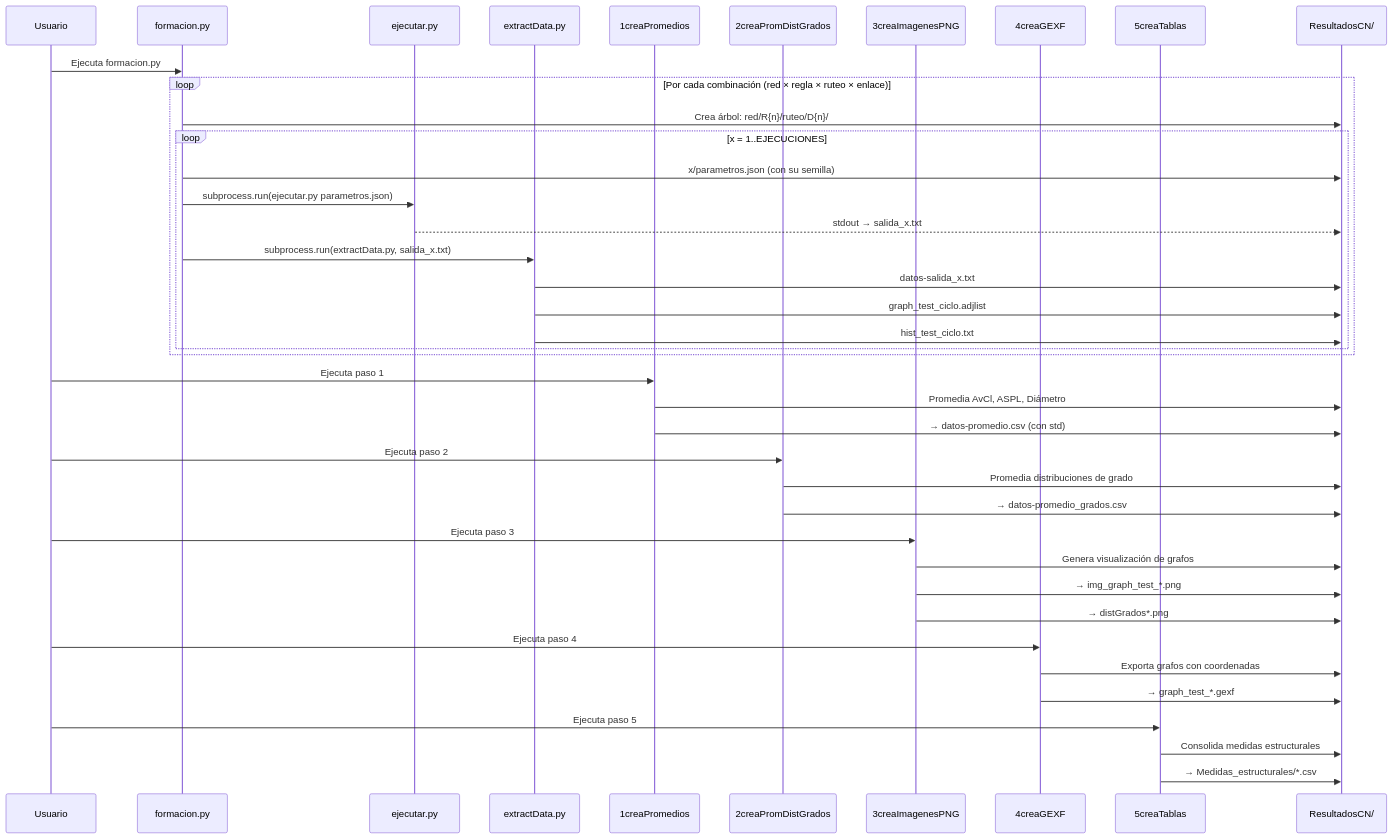
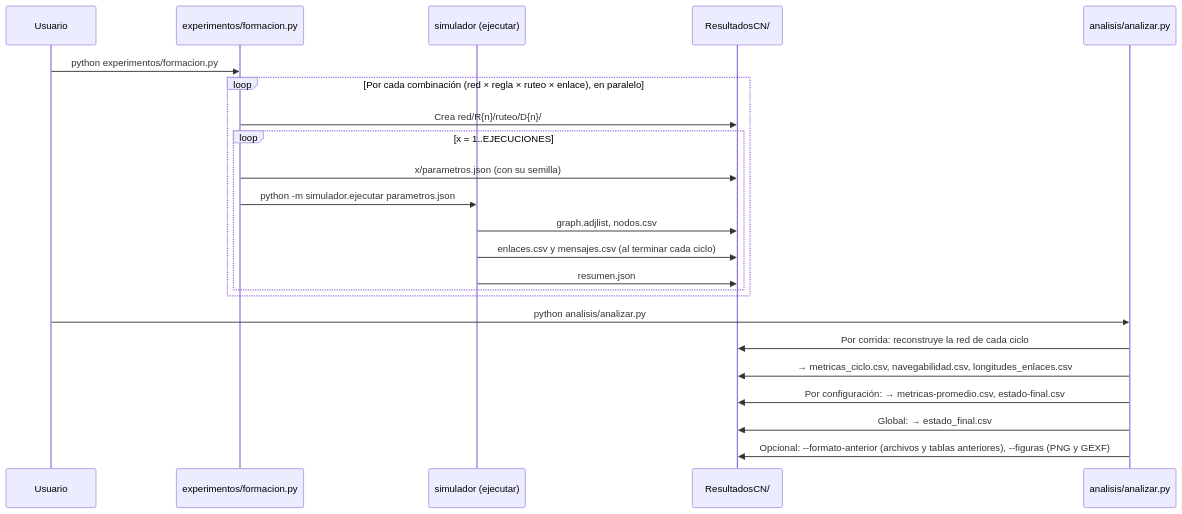
Before and after one commit to netscience/rewiring: the sixth of 6 diagrams in README.md, drawn with Mermaid. The commit also changed other lines of this file and 67 other files, not shown here.

Commit message:
separar simulador, experimentos y análisis

````diff
--- a/README.md
+++ b/README.md
@@ -640,49 +672,27 @@
 ```mermaid
 sequenceDiagram
     participant U as Usuario
-    participant F as formacion.py
-    participant Main as ejecutar.py
-    participant ED as extractData.py
-    participant S1 as 1creaPromedios
-    participant S2 as 2creaPromDistGrados
-    participant S3 as 3creaImagenesPNG
-    participant S4 as 4creaGEXF
-    participant S5 as 5creaTablas
+    participant F as experimentos/formacion.py
+    participant S as simulador (ejecutar)
     participant FS as ResultadosCN/
+    participant A as analisis/analizar.py
 
-    U->>F: Ejecuta formacion.py
-    
-    loop Por cada combinación (red × regla × ruteo × enlace)
-        F->>FS: Crea árbol: red/R{n}/ruteo/D{n}/
+    U->>F: python experimentos/formacion.py
+    loop Por cada combinación (red × regla × ruteo × enlace), en paralelo
+        F->>FS: Crea red/R{n}/ruteo/D{n}/
         loop x = 1..EJECUCIONES
             F->>FS: x/parametros.json (con su semilla)
-            F->>Main: subprocess.run(ejecutar.py parametros.json)
-            Main-->>FS: stdout → salida_x.txt
-            F->>ED: subprocess.run(extractData.py, salida_x.txt)
-            ED->>FS: datos-salida_x.txt
-            ED->>FS: graph_test_ciclo.adjlist
-            ED->>FS: hist_test_ciclo.txt
+            F->>S: python -m simulador.ejecutar parametros.json
+            S->>FS: graph.adjlist, nodos.csv
+            S->>FS: enlaces.csv y mensajes.csv (al terminar cada ciclo)
+            S->>FS: resumen.json
         end
     end
 
-    U->>S1: Ejecuta paso 1
-    S1->>FS: Promedia AvCl, ASPL, Diámetro
-    S1->>FS: → datos-promedio.csv (con std)
-
-    U->>S2: Ejecuta paso 2
-    S2->>FS: Promedia distribuciones de grado
-    S2->>FS: → datos-promedio_grados.csv
-
-    U->>S3: Ejecuta paso 3
-    S3->>FS: Genera visualización de grafos
-    S3->>FS: → img_graph_test_*.png
-    S3->>FS: → distGrados*.png
-
-    U->>S4: Ejecuta paso 4
-    S4->>FS: Exporta grafos con coordenadas
-    S4->>FS: → graph_test_*.gexf
-
-    U->>S5: Ejecuta paso 5
-    S5->>FS: Consolida medidas estructurales
-    S5->>FS: → Medidas_estructurales/*.csv
+    U->>A: python analisis/analizar.py
+    A->>FS: Por corrida: reconstruye la red de cada ciclo
+    A->>FS: → metricas_ciclo.csv, navegabilidad.csv, longitudes_enlaces.csv
+    A->>FS: Por configuración: → metricas-promedio.csv, estado-final.csv
+    A->>FS: Global: → estado_final.csv
+    A->>FS: Opcional: --formato-anterior (archivos y tablas anteriores), --figuras (PNG y GEXF)
 ```
````
